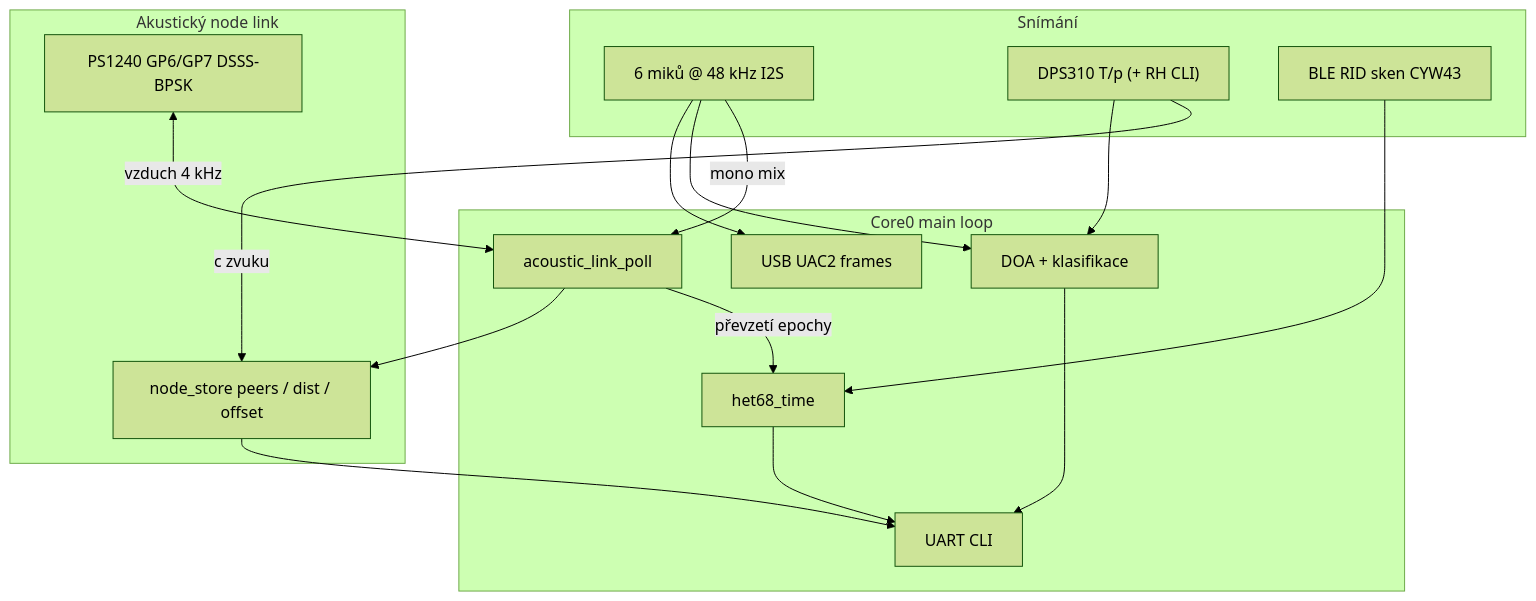
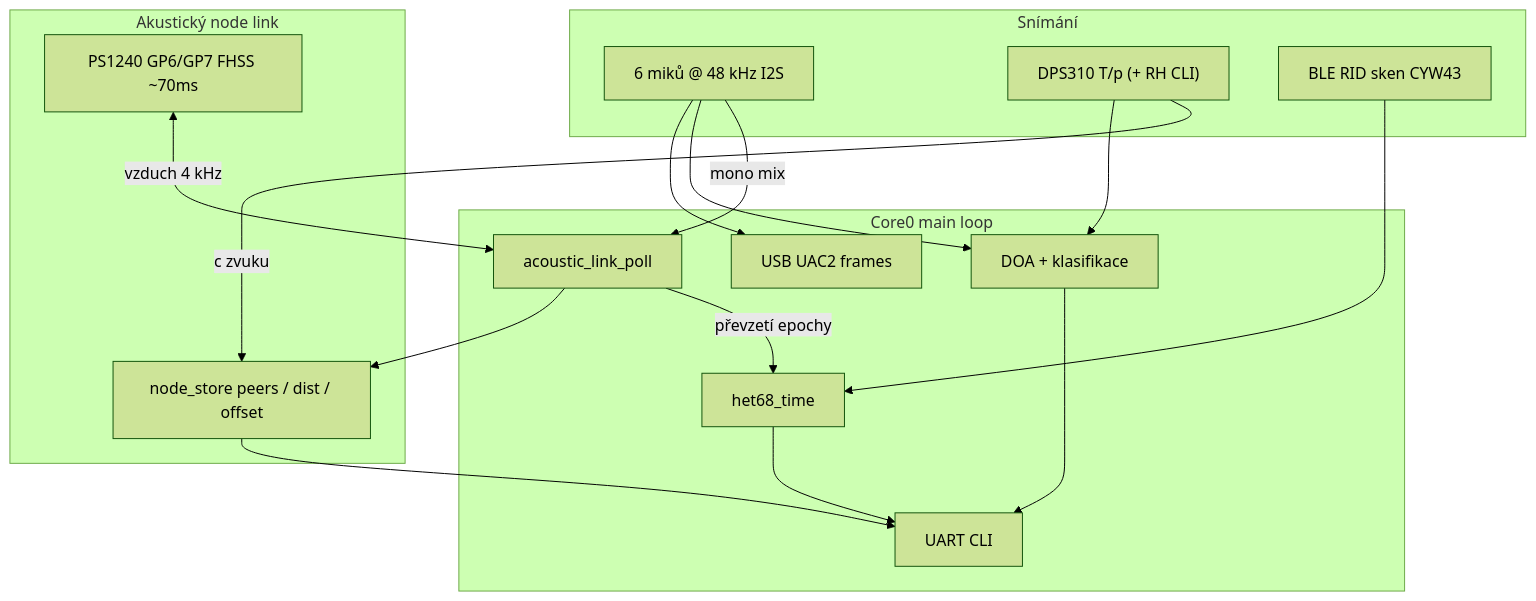
Before and after one commit to fedurca/het68: the diagram in wiki.cs.md, drawn with Mermaid (forest theme). The commit also changed other lines of this file and 10 other files, not shown here.

````diff
--- a/wiki.cs.md
+++ b/wiki.cs.md
@@ -36,31 +36,31 @@
 ```mermaid
 flowchart TB
   subgraph sense [Snímání]
     mics["6 miků @ 48 kHz I2S"]
     baro["DPS310 T/p (+ RH CLI)"]
     ble["BLE RID sken CYW43"]
   end
   subgraph core [Core0 main loop]
     usb["USB UAC2 frames"]
     doa["DOA + klasifikace"]
     alink["acoustic_link_poll"]
     time["het68_time"]
     cli["UART CLI"]
   end
   subgraph air [Akustický node link]
-    piezo["PS1240 GP6/GP7 DSSS-BPSK"]
+    piezo["PS1240 GP6/GP7 FHSS ~70ms"]
     peers["node_store peers / dist / offset"]
   end
   mics --> usb
   mics --> doa
   mics -->|"mono mix"| alink
   baro --> doa
   baro -->|"c zvuku"| peers
   ble --> time
   piezo <-->|"vzduch 4 kHz"| alink
   alink --> peers
   alink -->|"převzetí epochy"| time
   doa --> cli
   peers --> cli
   time --> cli
 ```
````
